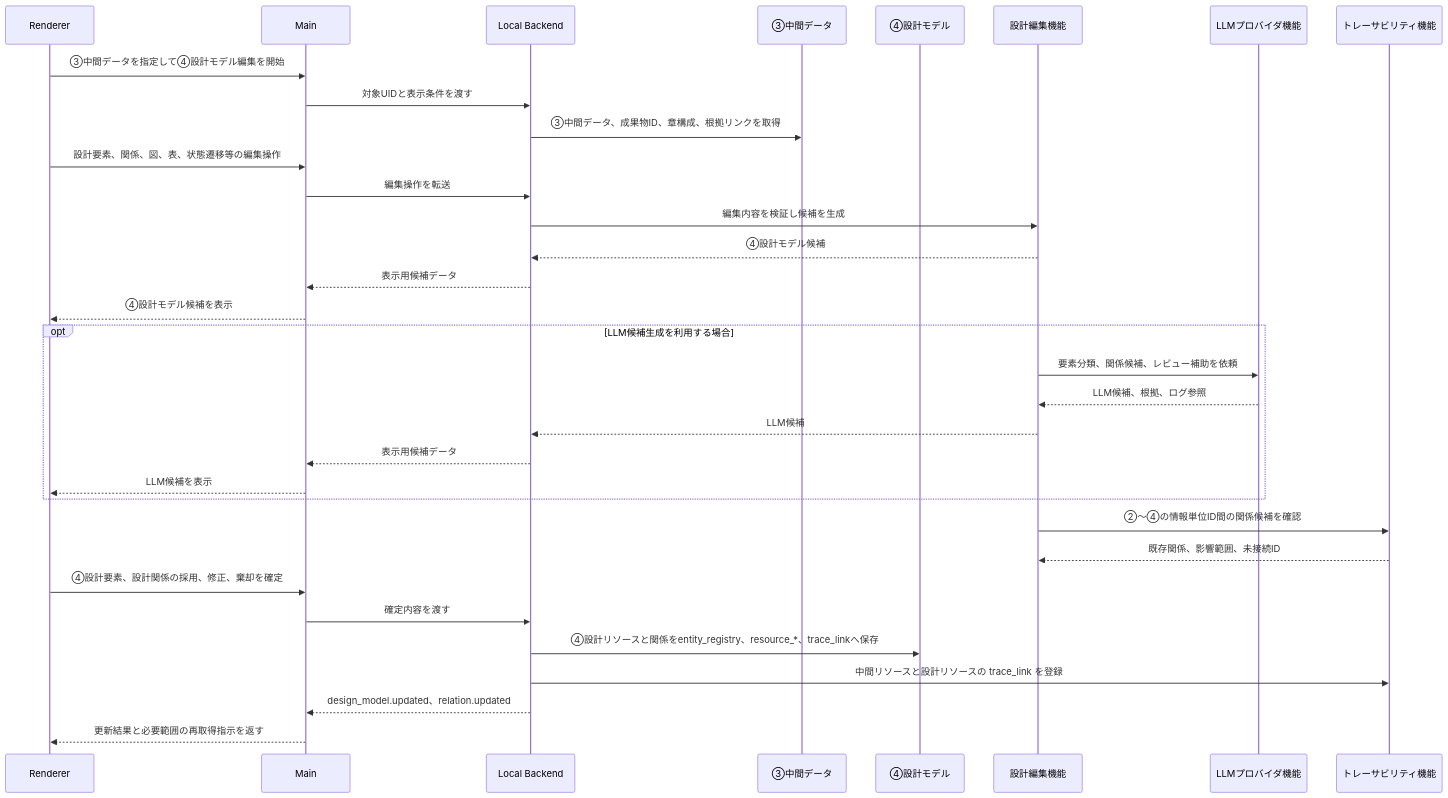
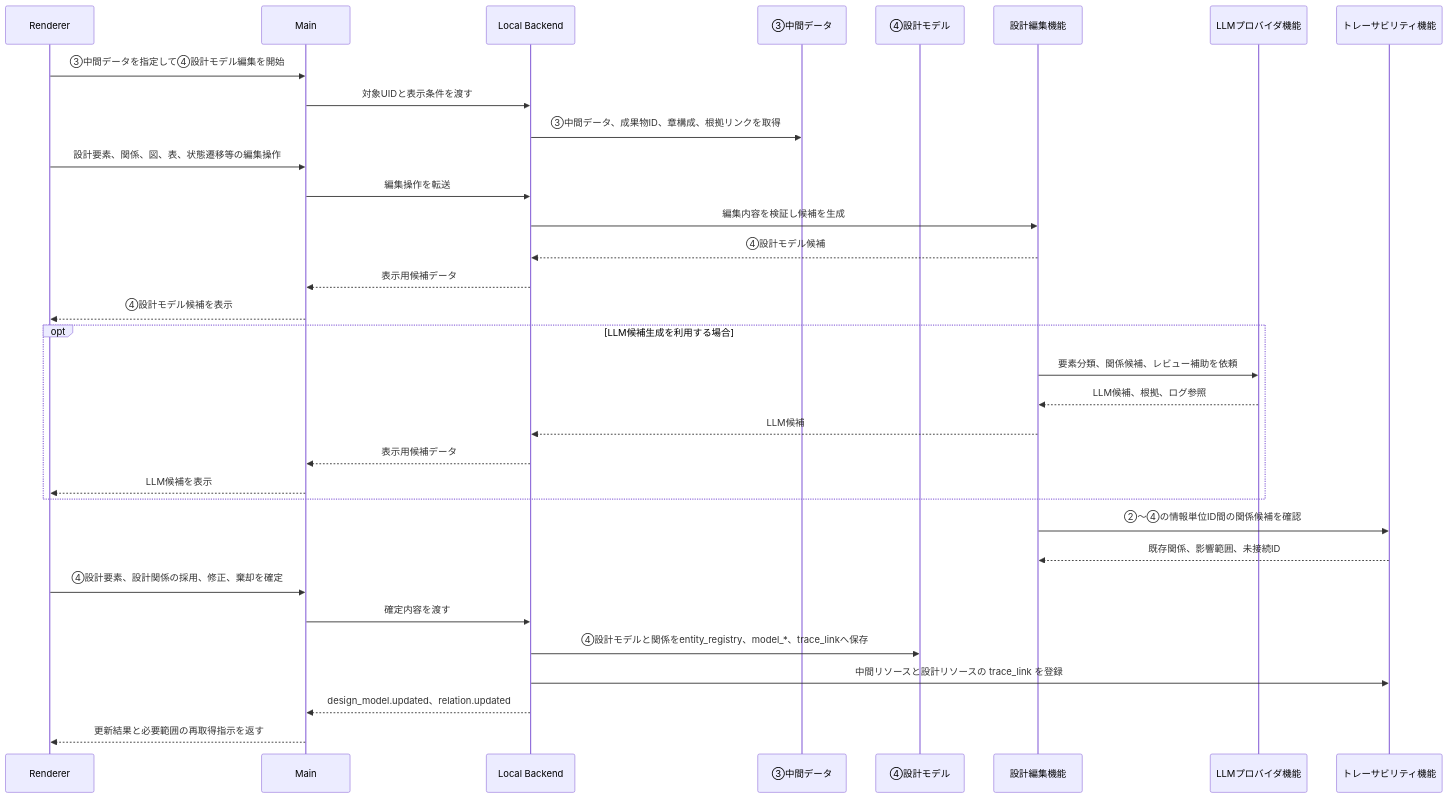
Before and after one commit to kfuruichi0920/d2d: the sixth of 9 diagrams in docs/sdd_function_architecture.md, drawn with Mermaid. The commit also changed other lines of this file and 62 other files, not shown here.

````diff
--- a/docs/sdd_function_architecture.md
+++ b/docs/sdd_function_architecture.md
@@ -413,36 +413,36 @@
 ```mermaid
 sequenceDiagram
     participant UI as Renderer
     participant Main as Main
     participant Host as Local Backend
     participant IntermediateData as ③中間データ
     participant DesignModel as ④設計モデル
     participant DesignEdit as 設計編集機能
     participant LLM as LLMプロバイダ機能
     participant Trace as トレーサビリティ機能
 
     UI->>Main: ③中間データを指定して④設計モデル編集を開始
     Main->>Host: 対象UIDと表示条件を渡す
     Host->>IntermediateData: ③中間データ、成果物ID、章構成、根拠リンクを取得
     UI->>Main: 設計要素、関係、図、表、状態遷移等の編集操作
     Main->>Host: 編集操作を転送
     Host->>DesignEdit: 編集内容を検証し候補を生成
     DesignEdit-->>Host: ④設計モデル候補
     Host-->>Main: 表示用候補データ
     Main-->>UI: ④設計モデル候補を表示
     opt LLM候補生成を利用する場合
         DesignEdit->>LLM: 要素分類、関係候補、レビュー補助を依頼
         LLM-->>DesignEdit: LLM候補、根拠、ログ参照
         DesignEdit-->>Host: LLM候補
         Host-->>Main: 表示用候補データ
         Main-->>UI: LLM候補を表示
     end
     DesignEdit->>Trace: ②〜④の情報単位ID間の関係候補を確認
     Trace-->>DesignEdit: 既存関係、影響範囲、未接続ID
     UI->>Main: ④設計要素、設計関係の採用、修正、棄却を確定
     Main->>Host: 確定内容を渡す
-    Host->>DesignModel: ④設計リソースと関係をentity_registry、resource_*、trace_linkへ保存
+    Host->>DesignModel: ④設計モデルと関係をentity_registry、model_*、trace_linkへ保存
     Host->>Trace: 中間リソースと設計リソースの trace_link を登録
     Host-->>Main: design_model.updated、relation.updated
     Main-->>UI: 更新結果と必要範囲の再取得指示を返す
 ```
````
